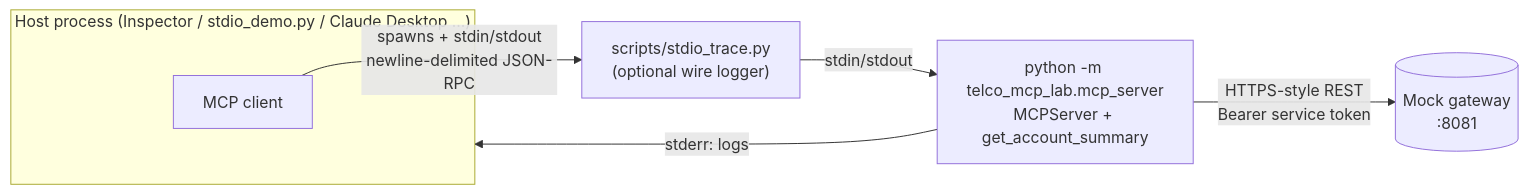
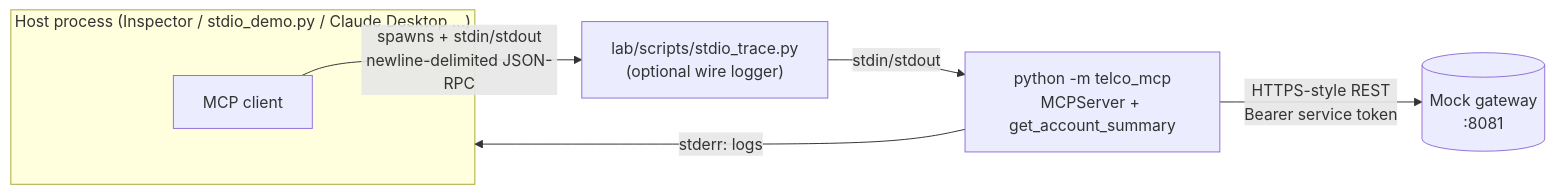
One commit to teja1989/Intel-Inteligence-mcp changed the diagram in docs/03-stdio-first-tool.md. Above: the diagram before and after it, drawn with Mermaid. The commit also changed other lines of this file and 164 other files, not shown here.

````diff
--- a/docs/03-stdio-first-tool.md
+++ b/docs/03-stdio-first-tool.md
@@ -19,10 +19,10 @@
 ```mermaid
 flowchart LR
     subgraph Host["Host process (Inspector / stdio_demo.py / Claude Desktop …)"]
         C[MCP client]
     end
-    C -- "spawns + stdin/stdout<br/>newline-delimited JSON-RPC" --> T["scripts/stdio_trace.py<br/>(optional wire logger)"]
-    T -- "stdin/stdout" --> S["python -m telco_mcp_lab.mcp_server<br/>MCPServer + get_account_summary"]
+    C -- "spawns + stdin/stdout<br/>newline-delimited JSON-RPC" --> T["lab/scripts/stdio_trace.py<br/>(optional wire logger)"]
+    T -- "stdin/stdout" --> S["python -m telco_mcp<br/>MCPServer + get_account_summary"]
     S -- "stderr: logs" --> Host
     S -- "HTTPS-style REST<br/>Bearer service token" --> G[(Mock gateway<br/>:8081)]
 ```
````
